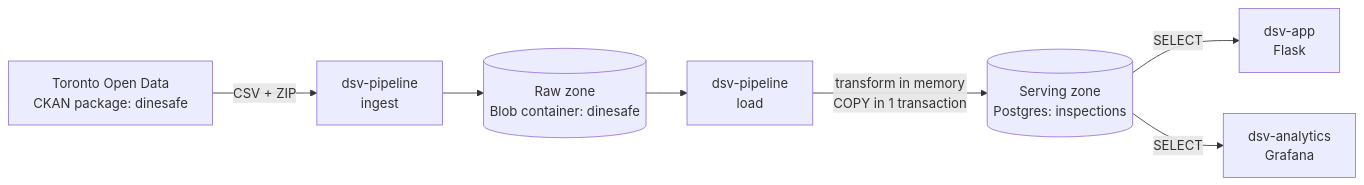
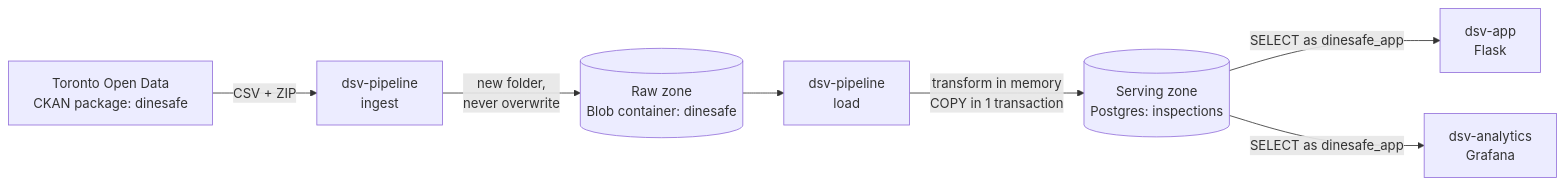
Before and after one commit to im-kenough/DineSafeViz: the first of 7 diagrams in docs-new/ref/3-1-data-architecture.md, drawn with Mermaid. The commit also changed other lines of this file, not shown here.

````diff
--- a/docs-new/ref/3-1-data-architecture.md
+++ b/docs-new/ref/3-1-data-architecture.md
@@ -11,15 +11,15 @@
 ```mermaid
 flowchart LR
     tod["Toronto Open Data<br/>CKAN package: dinesafe"]
     ingest["dsv-pipeline<br/>ingest"]
     load["dsv-pipeline<br/>load"]
     blob[("Raw zone<br/>Blob container: dinesafe")]
     db[("Serving zone<br/>Postgres: inspections")]
     app["dsv-app<br/>Flask"]
     graf["dsv-analytics<br/>Grafana"]
 
-    tod -- "CSV + ZIP" --> ingest --> blob
+    tod -- "CSV + ZIP" --> ingest -- "new folder,<br/>never overwrite" --> blob
     blob --> load -- "transform in memory<br/>COPY in 1 transaction" --> db
-    db -- SELECT --> app
-    db -- SELECT --> graf
+    db -- "SELECT as dinesafe_app" --> app
+    db -- "SELECT as dinesafe_app" --> graf
 ```
````
